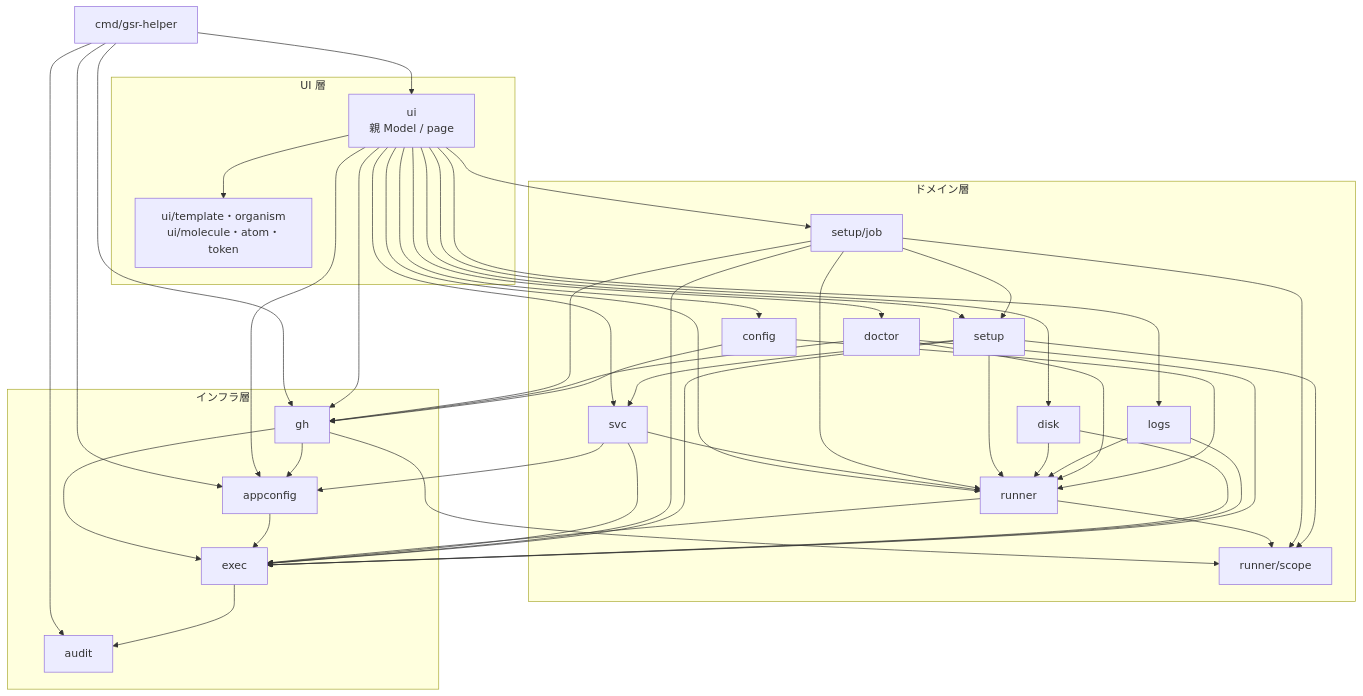
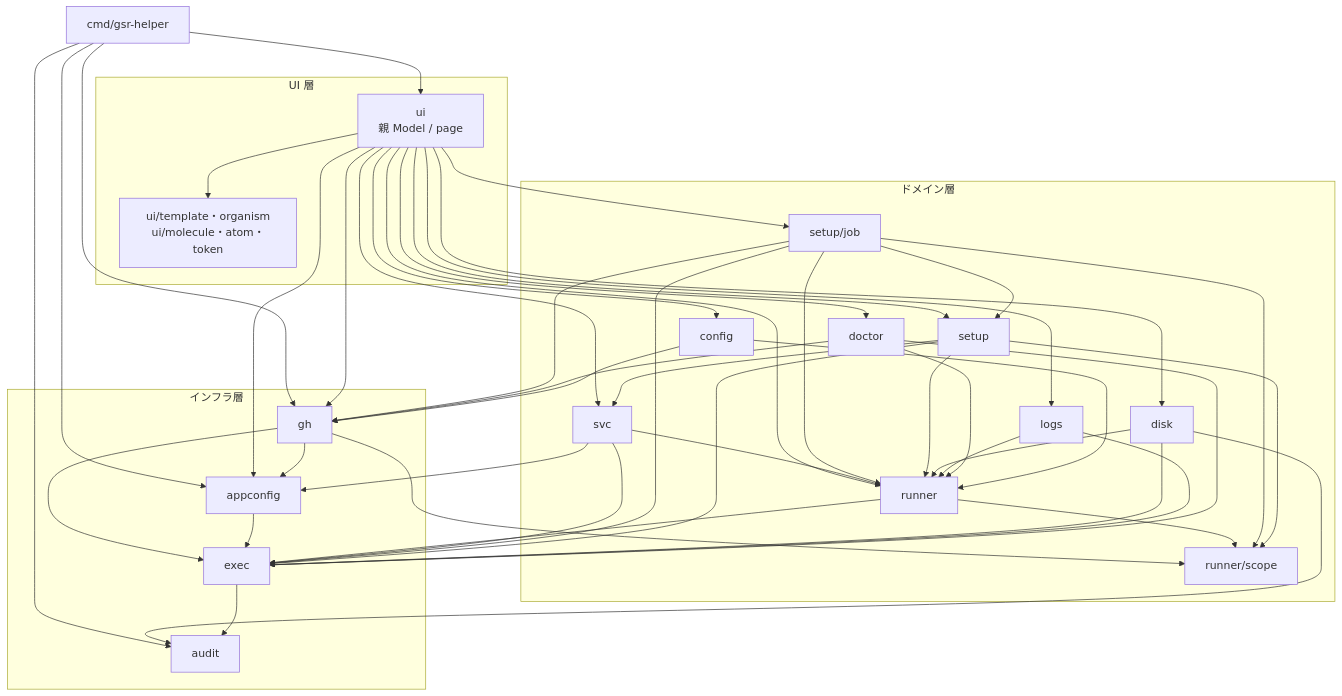
One commit to ousiassllc/gsr-helper changed the diagram in docs/components/overview.md. Above: the diagram before and after it, drawn with Mermaid. The commit also changed other lines of this file and 17 other files, not shown here.

````diff
--- a/docs/components/overview.md
+++ b/docs/components/overview.md
@@ -7,76 +7,77 @@
 ```mermaid
 graph TD
     Main[cmd/gsr-helper]
 
     subgraph UI[UI 層]
         UIApp[ui<br/>親 Model / page]
         UIParts[ui/template・organism<br/>ui/molecule・atom・token]
     end
 
     subgraph Domain[ドメイン層]
         Runner[runner]
         RScope[runner/scope]
         Svc[svc]
         Setup[setup]
         SetupJob[setup/job]
         Disk[disk]
         Logs[logs]
         Doctor[doctor]
         Config[config]
     end
 
     subgraph Infra[インフラ層]
         Exec[exec]
         GH[gh]
         Audit[audit]
         Appconf[appconfig]
     end
 
     Main --> UIApp
     Main --> Appconf
     Main --> Audit
     Main --> GH
 
     UIApp --> UIParts
 
     UIApp --> Runner
     UIApp --> Svc
     UIApp --> Setup
     UIApp --> SetupJob
     UIApp --> GH
     UIApp --> Disk
     UIApp --> Logs
     UIApp --> Doctor
     UIApp --> Config
     UIApp --> Appconf
 
     Svc --> Runner
     Svc --> Appconf
     SetupJob --> Runner
     SetupJob --> Setup
     SetupJob --> GH
     Setup --> Runner
     Setup --> Svc
     Disk --> Runner
     Logs --> Runner
     Doctor --> Runner
     Doctor --> GH
     Config --> Runner
     Config --> GH
 
     Runner --> Exec
     Runner --> RScope
     Svc --> Exec
     SetupJob --> Exec
     SetupJob --> RScope
     Setup --> Exec
     Setup --> RScope
     Disk --> Exec
+    Disk --> Audit
     Logs --> Exec
     Doctor --> Exec
     GH --> Exec
     GH --> RScope
     GH --> Appconf
     Appconf --> Exec
     Exec --> Audit
 ```
````
